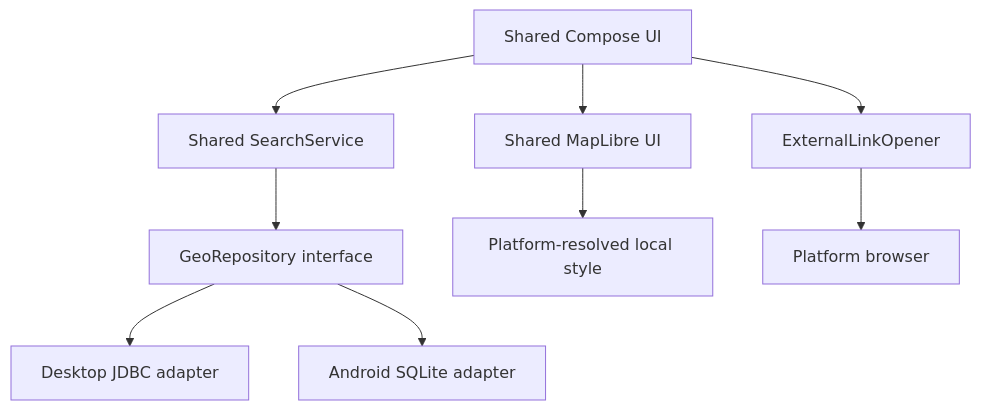
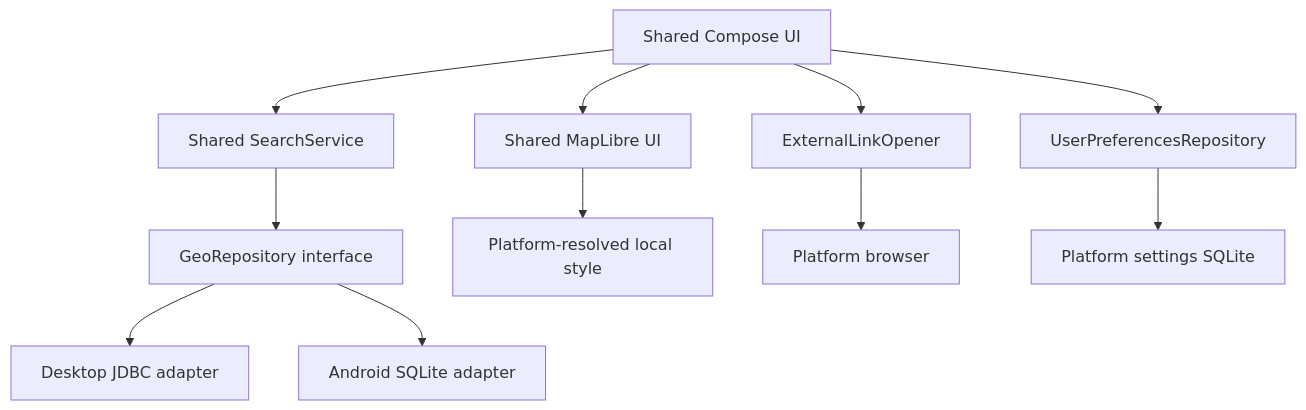
Before and after one commit to folk21/osmapdigger: the fourth of 5 diagrams in docs/ARCHITECTURE.md, drawn with Mermaid. The commit also changed other lines of this file and 20 other files, not shown here.

First line of the commit message:
feat: persist dataset-scoped user search preferences

````diff
--- a/docs/ARCHITECTURE.md
+++ b/docs/ARCHITECTURE.md
@@ -101,11 +101,13 @@
 ```mermaid
 flowchart TB
     UI[Shared Compose UI] --> SERVICE[Shared SearchService]
     SERVICE --> REPO[GeoRepository interface]
     REPO --> JDBC[Desktop JDBC adapter]
     REPO --> ANDROID[Android SQLite adapter]
     UI --> MAPUI[Shared MapLibre UI]
     MAPUI --> STYLE[Platform-resolved local style]
     UI --> LINKS[ExternalLinkOpener]
     LINKS --> BROWSER[Platform browser]
+    UI --> PREFS[UserPreferencesRepository]
+    PREFS --> PSTORE[Platform settings SQLite]
 ```
````
